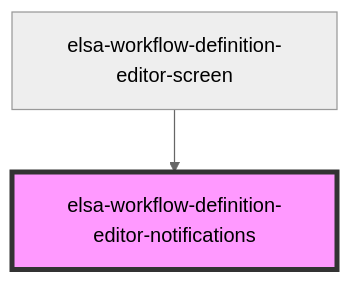
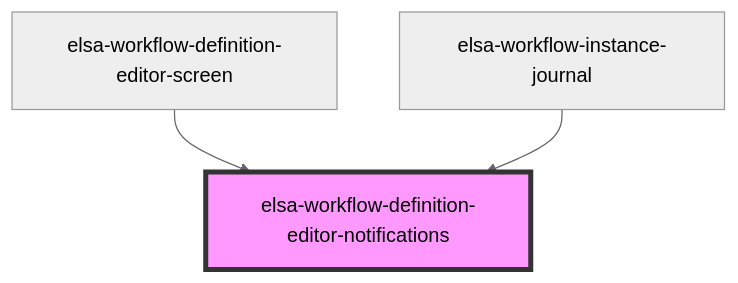
The diagram in src/designer/elsa-workflows-studio/src/components/screens/workflow-definition-editor/elsa-workflow-definition-editor-notifications/readme.md (elsa-workflows/elsa-core), drawn with Mermaid (neutral theme) before and after one commit. The commit also changed other lines of this file and 18 other files, not shown here.

Commit message:
Added copy functionality to instance journal. Fixed registry panel issue. Fixed flyout panel scroll issue.

````diff
--- a/src/designer/elsa-workflows-studio/src/components/screens/workflow-definition-editor/elsa-workflow-definition-editor-notifications/readme.md
+++ b/src/designer/elsa-workflows-studio/src/components/screens/workflow-definition-editor/elsa-workflow-definition-editor-notifications/readme.md
@@ -15,5 +16,6 @@
 ```mermaid
 graph TD;
   elsa-workflow-definition-editor-screen --> elsa-workflow-definition-editor-notifications
+  elsa-workflow-instance-journal --> elsa-workflow-definition-editor-notifications
   style elsa-workflow-definition-editor-notifications fill:#f9f,stroke:#333,stroke-width:4px
 ```
````
